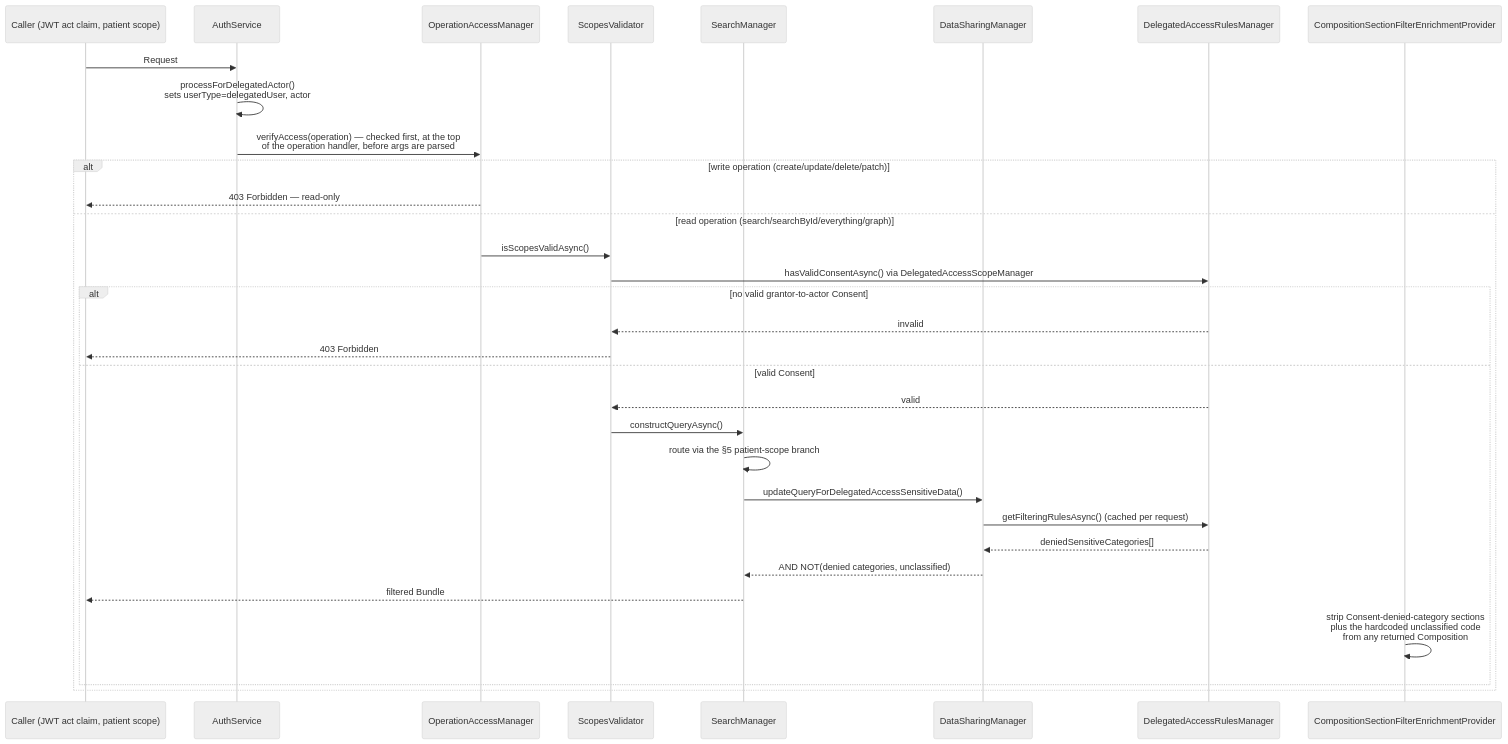
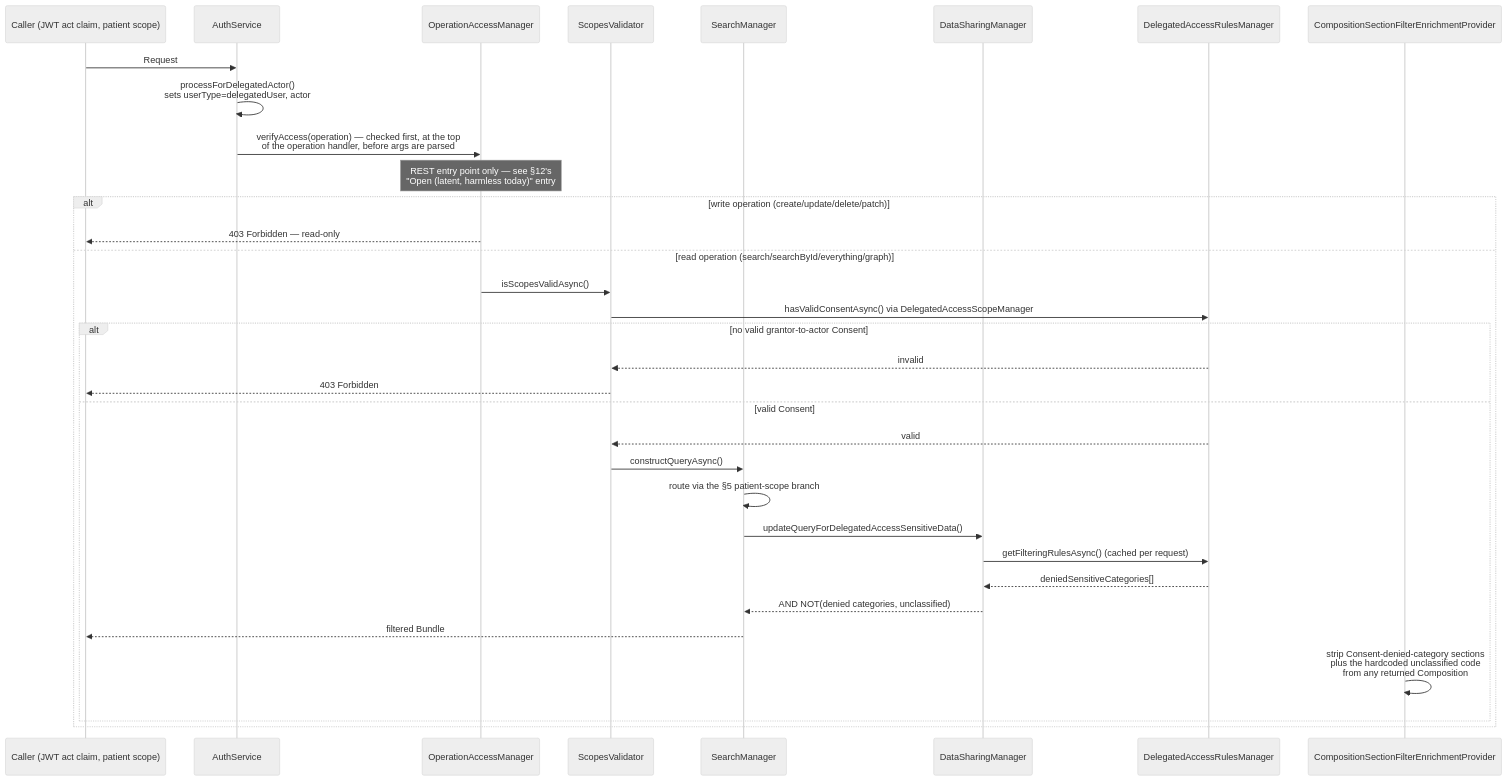
One commit to icanbwell/fhir-server changed the second of 2 diagrams in docs/resource-authorization.md. Above: the diagram before and after it, drawn with Mermaid (neutral theme). The commit also changed 1 other file, not shown here.

Commit message:
DCON-5072 fix: address PR review comments (reuse patientScopedToken helper, sync sequence diagram with REST-only caveat)

````diff
--- a/docs/resource-authorization.md
+++ b/docs/resource-authorization.md
@@ -338,35 +338,36 @@
 ```mermaid
 sequenceDiagram
     participant C as Caller (JWT act claim, patient scope)
     participant Auth as AuthService
     participant OAM as OperationAccessManager
     participant SV as ScopesValidator
     participant SM as SearchManager
     participant DSM as DataSharingManager
     participant DARM as DelegatedAccessRulesManager
     participant Enrich as CompositionSectionFilterEnrichmentProvider
 
     C->>Auth: Request
     Auth->>Auth: processForDelegatedActor()<br/>sets userType=delegatedUser, actor
     Auth->>OAM: verifyAccess(operation) — checked first, at the top<br/>of the operation handler, before args are parsed
+    Note over OAM: REST entry point only — see §12's<br/>"Open (latent, harmless today)" entry
     alt write operation (create/update/delete/patch)
         OAM-->>C: 403 Forbidden — read-only
     else read operation (search/searchById/everything/graph)
         OAM->>SV: isScopesValidAsync()
         SV->>DARM: hasValidConsentAsync() via DelegatedAccessScopeManager
         alt no valid grantor-to-actor Consent
             DARM-->>SV: invalid
             SV-->>C: 403 Forbidden
         else valid Consent
             DARM-->>SV: valid
             SV->>SM: constructQueryAsync()
             SM->>SM: route via the §5 patient-scope branch
             SM->>DSM: updateQueryForDelegatedAccessSensitiveData()
             DSM->>DARM: getFilteringRulesAsync() (cached per request)
             DARM-->>DSM: deniedSensitiveCategories[]
             DSM-->>SM: AND NOT(denied categories, unclassified)
             SM-->>C: filtered Bundle
             Enrich->>Enrich: strip Consent-denied-category sections<br/>plus the hardcoded unclassified code<br/>from any returned Composition
         end
     end
 ```
````
